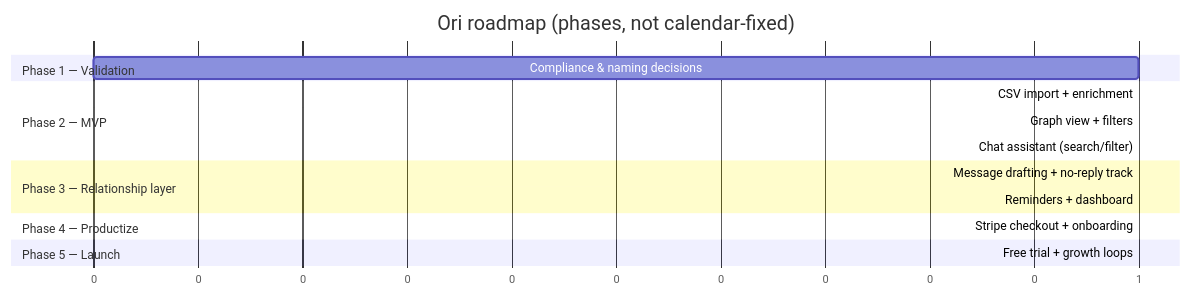
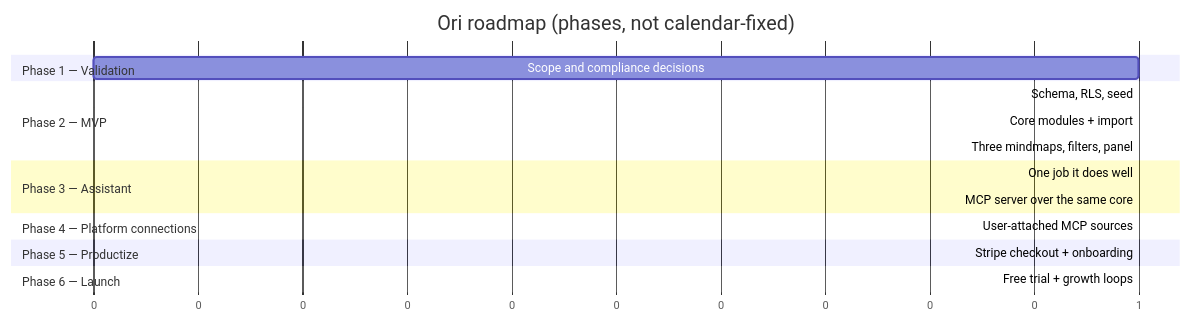
Before and after one commit to chriswartan-jpg/ori: the diagram in docs/PLAN.md, drawn with Mermaid. The commit also changed other lines of this file and 13 other files, not shown here.

````diff
--- a/docs/PLAN.md
+++ b/docs/PLAN.md
@@ -7,19 +8,21 @@
 ```mermaid
 gantt
     title Ori roadmap (phases, not calendar-fixed)
     dateFormat  X
     axisFormat  %s
     section Phase 1 — Validation
-    Compliance & naming decisions       :p1, 0, 1
+    Scope and compliance decisions      :p1, 0, 1
     section Phase 2 — MVP
-    CSV import + enrichment             :p2a, after p1, 1
-    Graph view + filters                :p2b, after p1, 1
-    Chat assistant (search/filter)      :p2c, after p2a, 1
-    section Phase 3 — Relationship layer
-    Message drafting + no-reply track   :p3a, after p2c, 1
-    Reminders + dashboard               :p3b, after p3a, 1
-    section Phase 4 — Productize
-    Stripe checkout + onboarding        :p4, after p3b, 1
-    section Phase 5 — Launch
-    Free trial + growth loops           :p5, after p4, 1
+    Schema, RLS, seed                   :p2a, after p1, 1
+    Core modules + import               :p2b, after p1, 1
+    Three mindmaps, filters, panel      :p2c, after p2b, 1
+    section Phase 3 — Assistant
+    One job it does well                :p3a, after p2c, 1
+    MCP server over the same core       :p3b, after p3a, 1
+    section Phase 4 — Platform connections
+    User-attached MCP sources           :p4, after p3b, 1
+    section Phase 5 — Productize
+    Stripe checkout + onboarding        :p5, after p4, 1
+    section Phase 6 — Launch
+    Free trial + growth loops           :p6, after p5, 1
 ```
````
